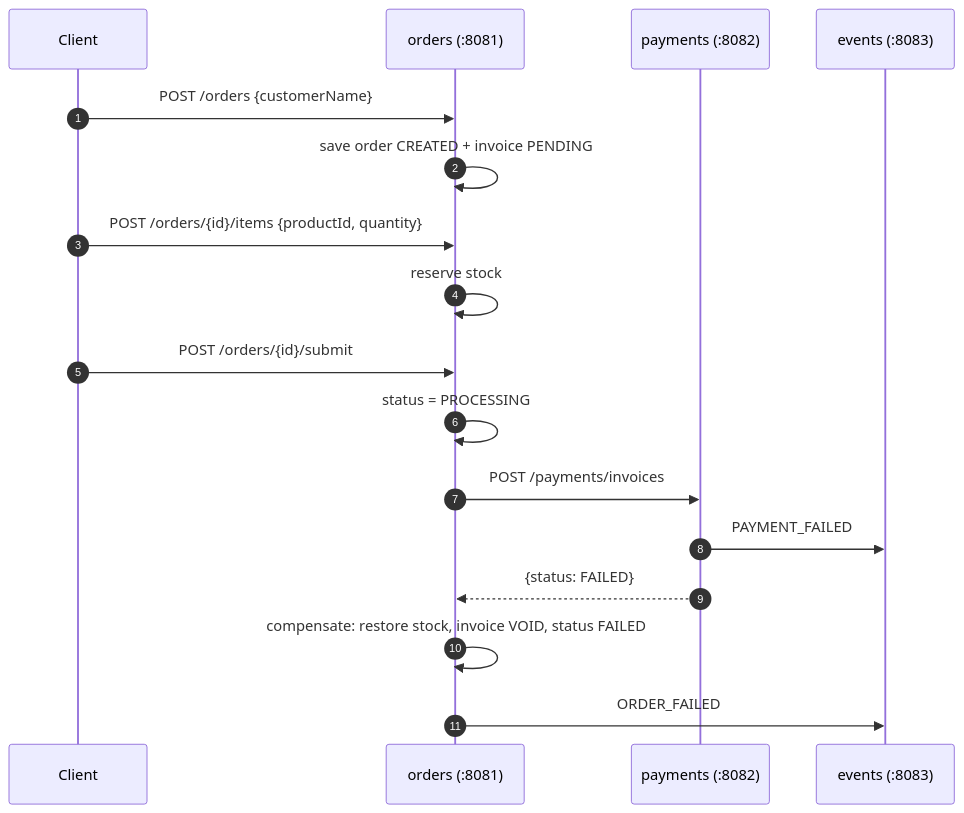
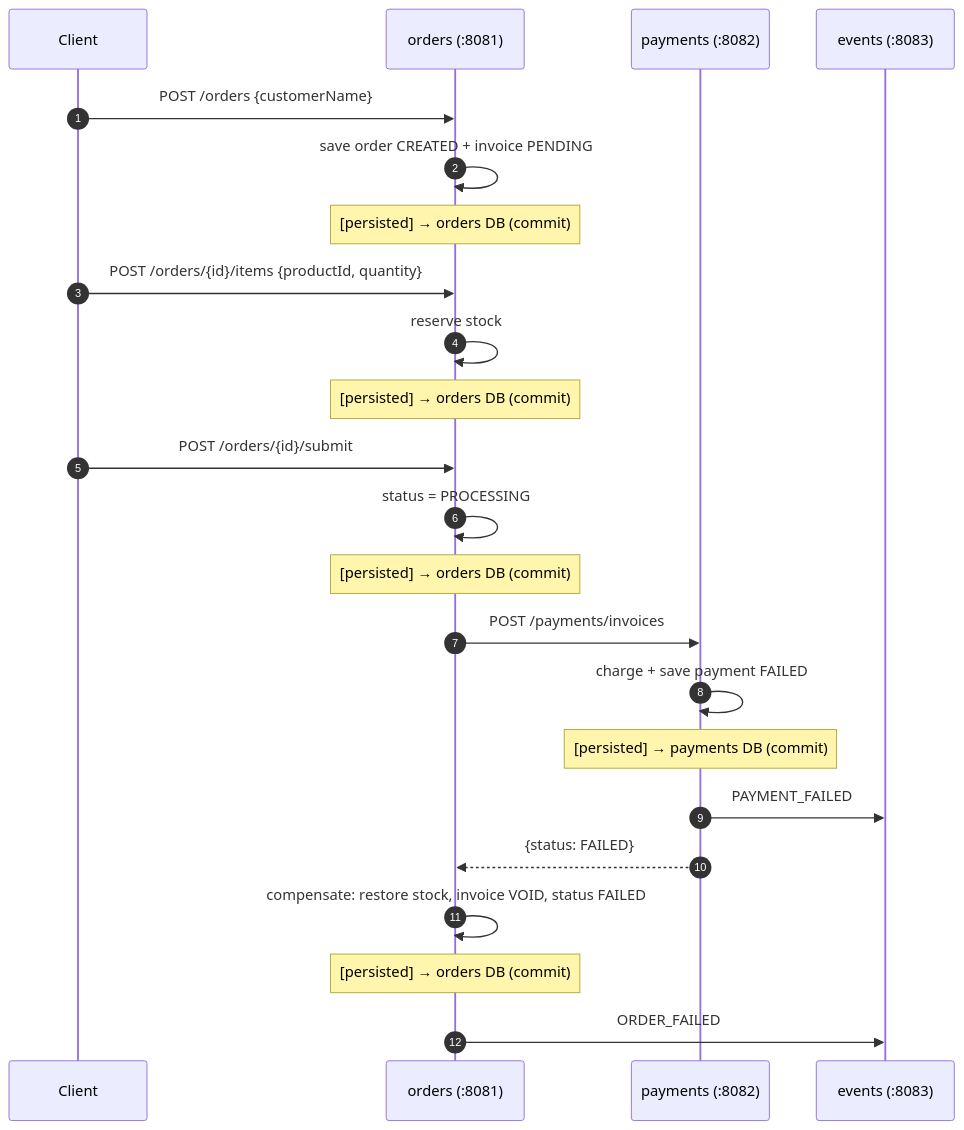
The second of 3 diagrams in README.md (gdiazs/sagas-example), drawn with Mermaid before and after one commit. The commit also changed other lines of this file, not shown here.

````diff
--- a/README.md
+++ b/README.md
@@ -51,20 +62,26 @@
 ```mermaid
 sequenceDiagram
     autonumber
     participant C as Client
     participant O as orders (:8081)
     participant P as payments (:8082)
     participant E as events (:8083)
 
     C->>O: POST /orders {customerName}
     O->>O: save order CREATED + invoice PENDING
+    Note over O: [persisted] → orders DB (commit)
     C->>O: POST /orders/{id}/items {productId, quantity}
     O->>O: reserve stock
+    Note over O: [persisted] → orders DB (commit)
     C->>O: POST /orders/{id}/submit
     O->>O: status = PROCESSING
+    Note over O: [persisted] → orders DB (commit)
     O->>P: POST /payments/invoices
+    P->>P: charge + save payment FAILED
+    Note over P: [persisted] → payments DB (commit)
     P->>E: PAYMENT_FAILED
     P-->>O: {status: FAILED}
     O->>O: compensate: restore stock, invoice VOID, status FAILED
+    Note over O: [persisted] → orders DB (commit)
     O->>E: ORDER_FAILED
 ```
````
